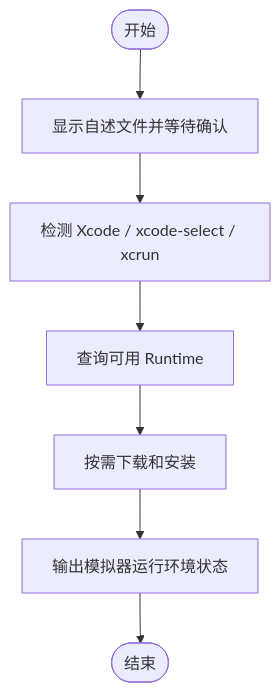
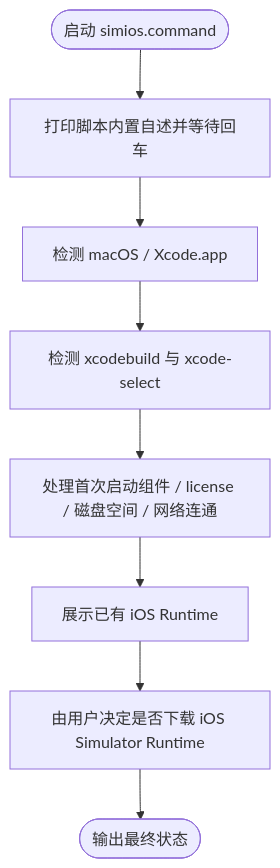
One commit to JobsKits/JobsMacEnvVarConfig changed the diagram in scripts/simios.command/README.md. Above: the diagram before and after it, drawn with Mermaid. The commit also changed other lines of this file and 35 other files, not shown here.

````diff
--- a/scripts/simios.command/README.md
+++ b/scripts/simios.command/README.md
@@ -40,9 +36,18 @@
 ```mermaid
-graph TD
-    A([开始]) --> B[显示自述文件并等待确认]
-    B --> C[检测 Xcode / xcode-select / xcrun]
-    C --> D[查询可用 Runtime]
-    D --> E[按需下载和安装]
-    E --> F[输出模拟器运行环境状态]
-    F --> Z([结束])
+flowchart TD
+    A([启动 simios.command])
+    B[打印脚本内置自述并等待回车]
+    A --> B
+    C[检测 macOS / Xcode.app]
+    B --> C
+    D[检测 xcodebuild 与 xcode-select]
+    C --> D
+    E[处理首次启动组件 / license / 磁盘空间 / 网络连通]
+    D --> E
+    F[展示已有 iOS Runtime]
+    E --> F
+    G[由用户决定是否下载 iOS Simulator Runtime]
+    F --> G
+    H([输出最终状态])
+    G --> H
 ```
````
